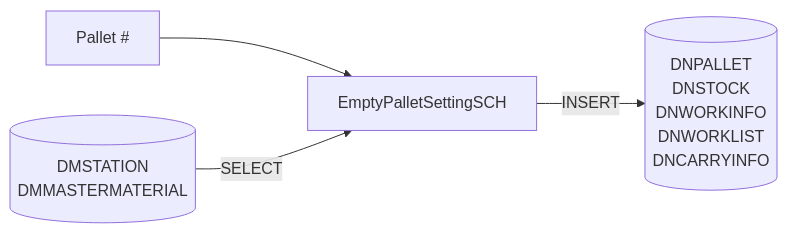
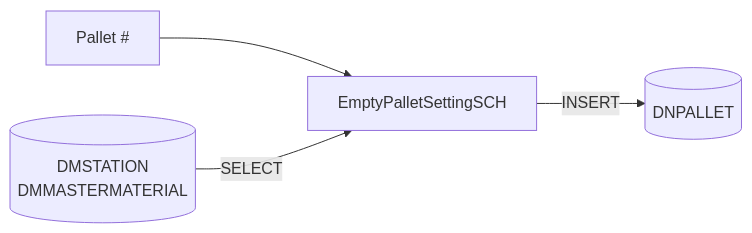
The diagram in Basic-Design/DFD-WMS/Storage/Empty-Pallet-Storage-to-Ambient-Area.md (luthfiadityaa/SimeDarby-Wiki), drawn with Mermaid before and after one commit. The commit also changed other lines of this file, not shown here.

```diff
--- a/Basic-Design/DFD-WMS/Storage/Empty-Pallet-Storage-to-Ambient-Area.md
+++ b/Basic-Design/DFD-WMS/Storage/Empty-Pallet-Storage-to-Ambient-Area.md
@@ -28,28 +31,24 @@
 ::: mermaid
 flowchart LR
     input[
         Pallet #      
     ]
 
     tableList-insert[("
         DNPALLET
-        DNSTOCK
-        DNWORKINFO
-        DNWORKLIST
-        DNCARRYINFO
     ")]
 
     tableList-select[("
         DMSTATION
         DMMASTERMATERIAL
     ")]
 
 
     className[EmptyPalletSettingSCH]
 
     input --> className --> |INSERT| tableList-insert
     tableList-select --> |SELECT| className
 
     classDef leftAlign text-align:left;
     class input leftAlign;
 :::
```
